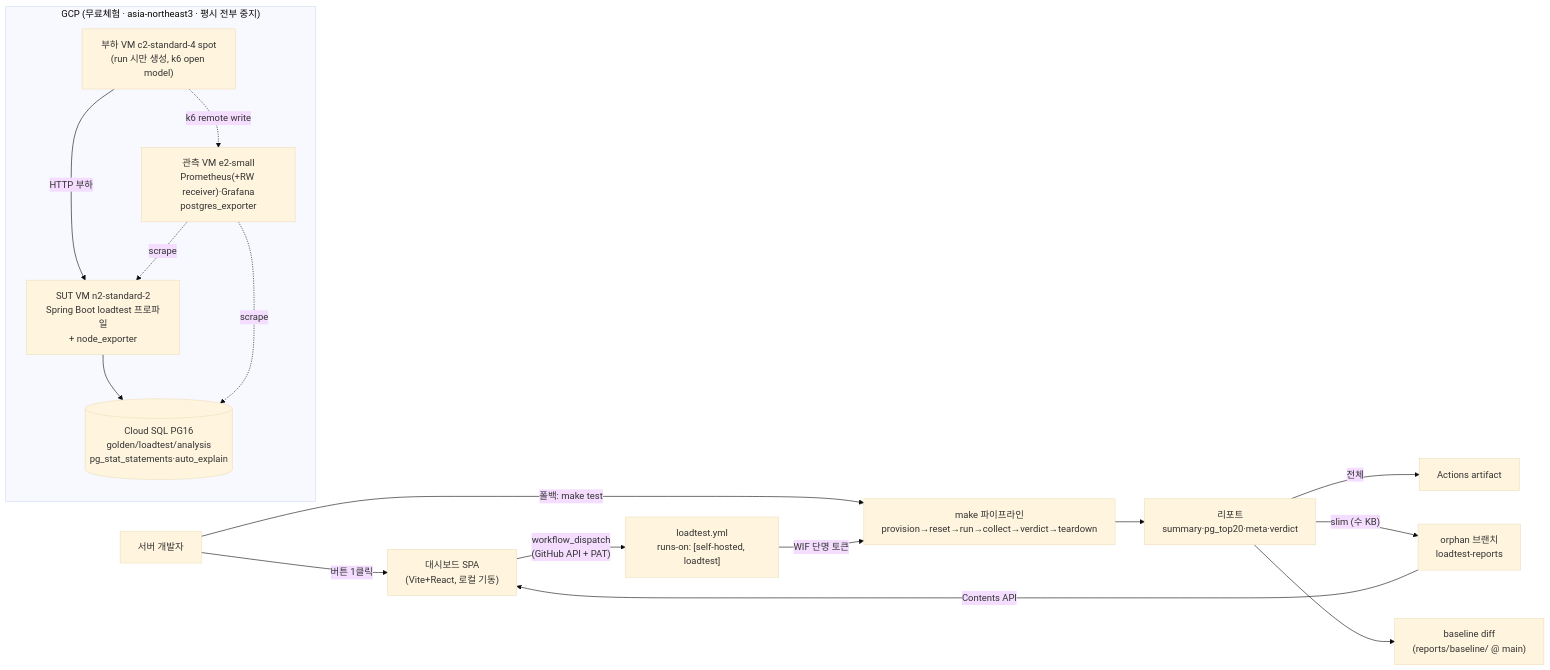
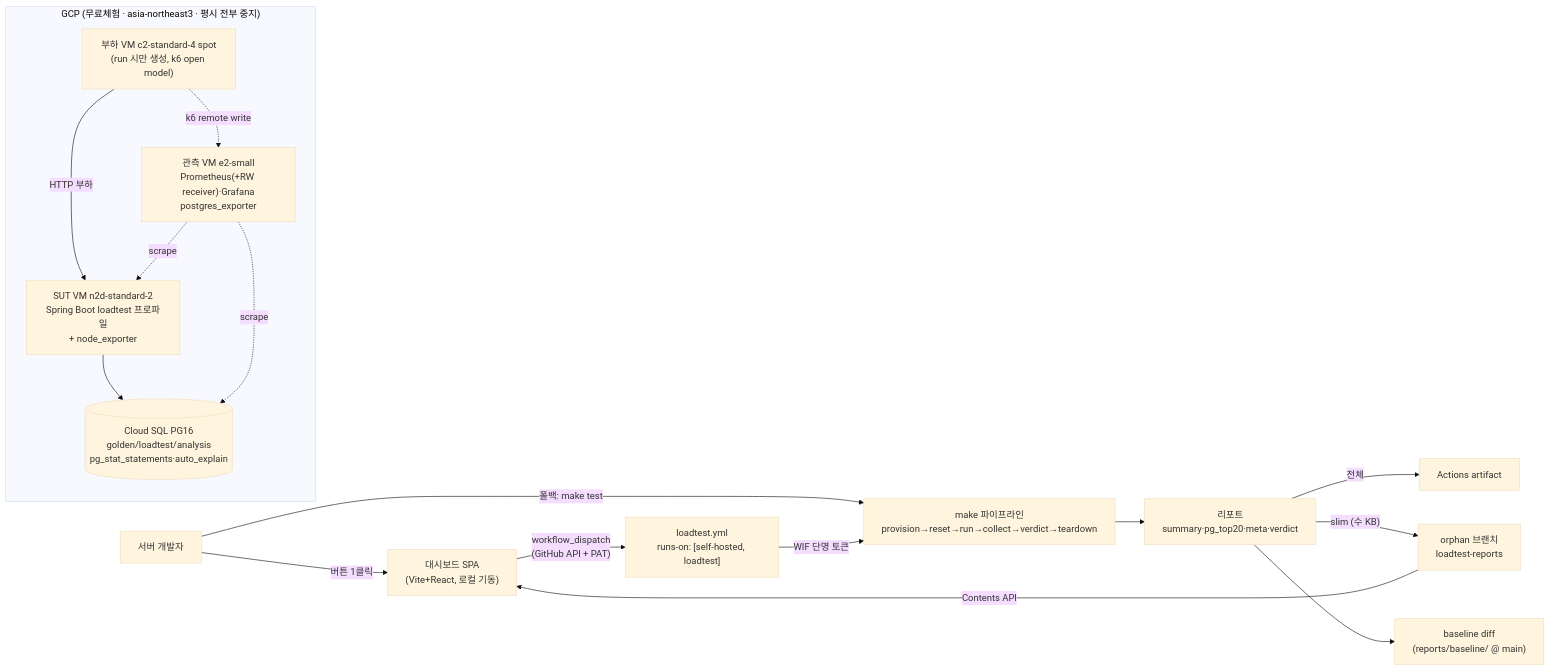
One commit to OneOrThree/phone changed the diagram in loadtest/docs/prd.md. Above: the diagram before and after it, drawn with Mermaid (base theme). The commit also changed other lines of this file and 3 other files, not shown here.

````diff
--- a/loadtest/docs/prd.md
+++ b/loadtest/docs/prd.md
@@ -58,22 +58,22 @@
 ```mermaid
 flowchart LR
   dev["서버 개발자"] -->|"버튼 1클릭"| dash["대시보드 SPA<br/>(Vite+React, 로컬 기동)"]
   dash -->|"workflow_dispatch<br/>(GitHub API + PAT)"| gha["loadtest.yml<br/>runs-on: [self-hosted, loadtest]"]
   dev -->|"폴백: make test"| mk
   gha -->|"WIF 단명 토큰"| mk["make 파이프라인<br/>provision→reset→run→collect→verdict→teardown"]
   subgraph GCP["GCP (무료체험 · asia-northeast3 · 평시 전부 중지)"]
     lg["부하 VM c2-standard-4 spot<br/>(run 시만 생성, k6 open model)"]
-    sut["SUT VM n2-standard-2<br/>Spring Boot loadtest 프로파일<br/>+ node_exporter"]
+    sut["SUT VM n2d-standard-2<br/>Spring Boot loadtest 프로파일<br/>+ node_exporter"]
     sql[("Cloud SQL PG16<br/>golden/loadtest/analysis<br/>pg_stat_statements·auto_explain")]
     obs["관측 VM e2-small<br/>Prometheus(+RW receiver)·Grafana<br/>postgres_exporter"]
     lg -->|HTTP 부하| sut --> sql
     lg -.->|k6 remote write| obs
     obs -.->|scrape| sut
     obs -.->|scrape| sql
   end
   mk --> rep["리포트<br/>summary·pg_top20·meta·verdict"]
   rep -->|전체| art["Actions artifact"]
   rep -->|"slim (수 KB)"| lrb["orphan 브랜치<br/>loadtest-reports"]
   lrb -->|Contents API| dash
   rep --> base["baseline diff<br/>(reports/baseline/ @ main)"]
 ```
````
